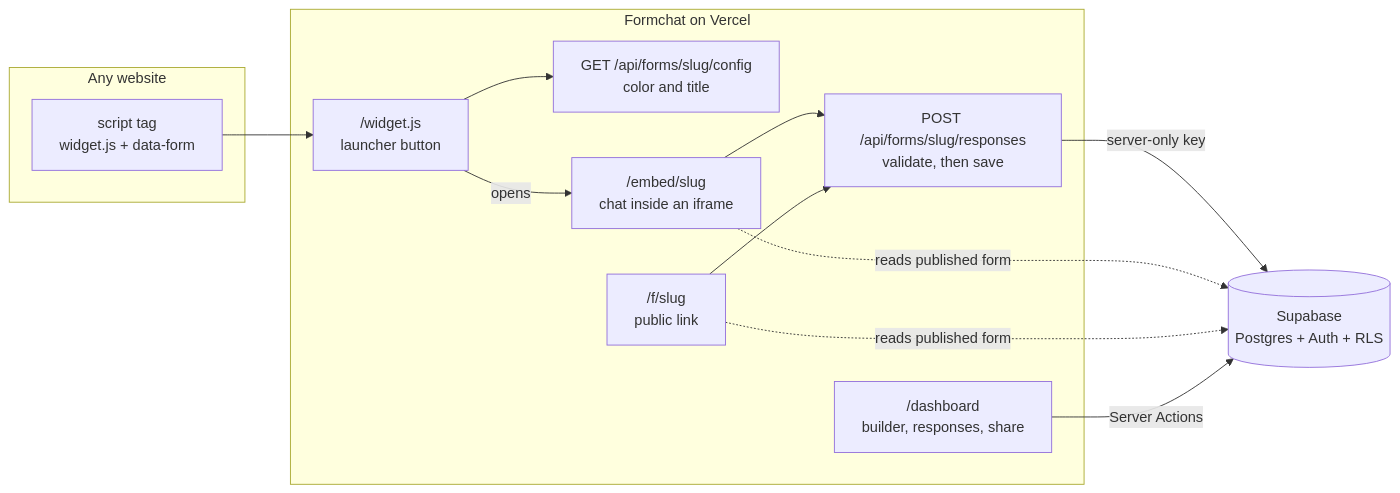
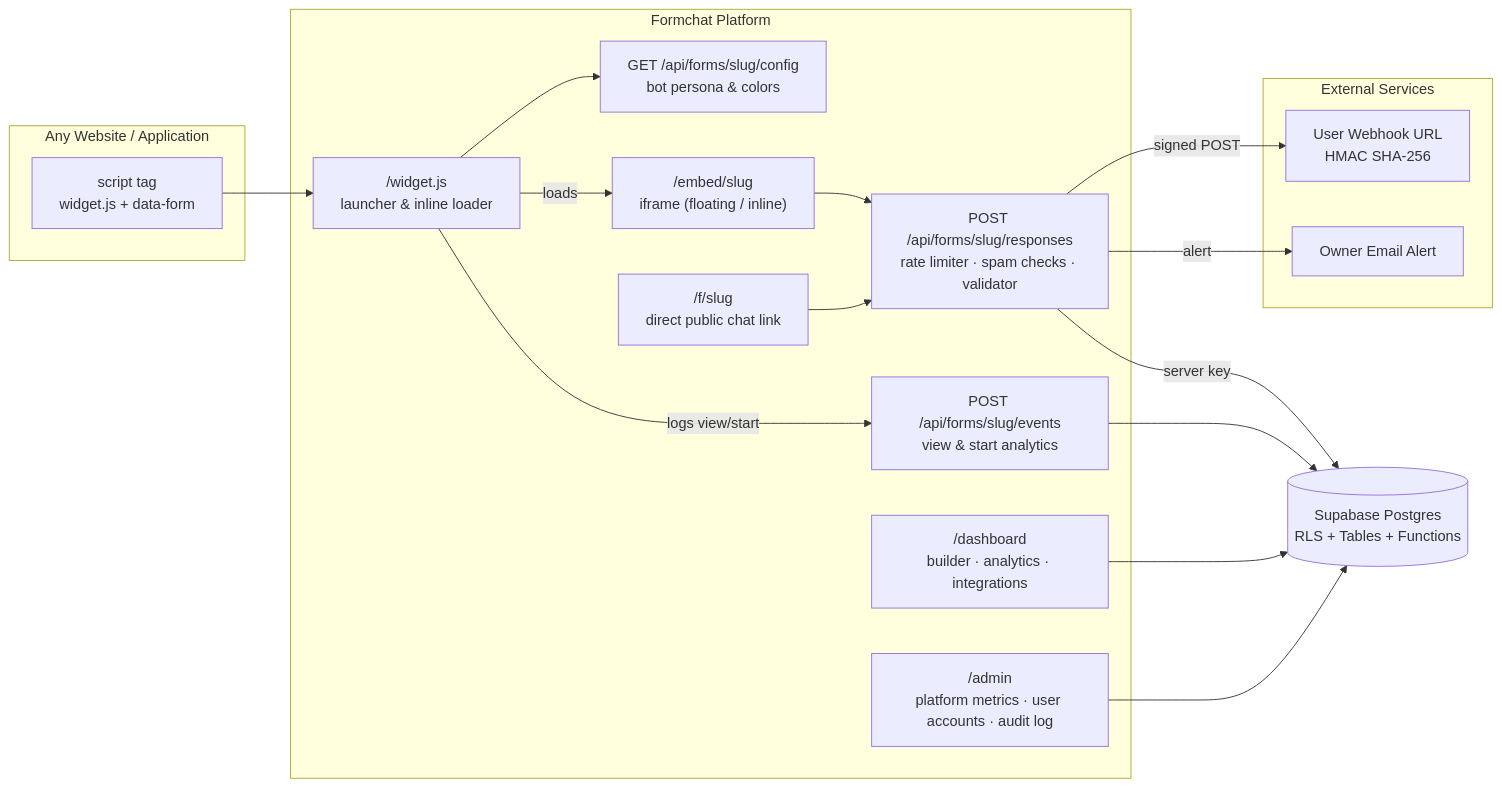
The diagram in README.md (mash-yk/formchat), drawn with Mermaid before and after one commit. The commit also changed other lines of this file and 44 other files, not shown here.

Commit message:
feat: integrate Task 2 advanced form builder, analytics, webhooks, and admin portal

````diff
--- a/README.md
+++ b/README.md
@@ -125,27 +158,37 @@
 ```mermaid
 flowchart LR
-  subgraph Host["Any website"]
+  subgraph Host["Any Website / Application"]
     TAG["script tag<br/>widget.js + data-form"]
   end
 
-  subgraph App["Formchat on Vercel"]
-    W["/widget.js<br/>launcher button"]
-    CFG["GET /api/forms/slug/config<br/>color and title"]
-    E["/embed/slug<br/>chat inside an iframe"]
-    F["/f/slug<br/>public link"]
-    API["POST /api/forms/slug/responses<br/>validate, then save"]
-    D["/dashboard<br/>builder, responses, share"]
+  subgraph App["Formchat Platform"]
+    W["/widget.js<br/>launcher & inline loader"]
+    CFG["GET /api/forms/slug/config<br/>bot persona & colors"]
+    EVT["POST /api/forms/slug/events<br/>view & start analytics"]
+    E["/embed/slug<br/>iframe (floating / inline)"]
+    F["/f/slug<br/>direct public chat link"]
+    API["POST /api/forms/slug/responses<br/>rate limiter · spam checks · validator"]
+    D["/dashboard<br/>builder · analytics · integrations"]
+    ADM["/admin<br/>platform metrics · user accounts · audit log"]
   end
 
-  DB[("Supabase<br/>Postgres + Auth + RLS")]
+  subgraph Integrations["External Services"]
+    WH["User Webhook URL<br/>HMAC SHA-256"]
+    EMAIL["Owner Email Alert"]
+  end
+
+  DB[("Supabase Postgres<br/>RLS + Tables + Functions")]
 
   TAG --> W
   W --> CFG
-  W -- "opens" --> E
+  W -- "logs view/start" --> EVT
+  W -- "loads" --> E
   E --> API
   F --> API
-  API -- "server-only key" --> DB
-  E -. "reads published form" .-> DB
-  F -. "reads published form" .-> DB
-  D -- "Server Actions" --> DB
+  API -- "server key" --> DB
+  API -- "signed POST" --> WH
+  API -- "alert" --> EMAIL
+  EVT --> DB
+  D --> DB
+  ADM --> DB
 ```
````
